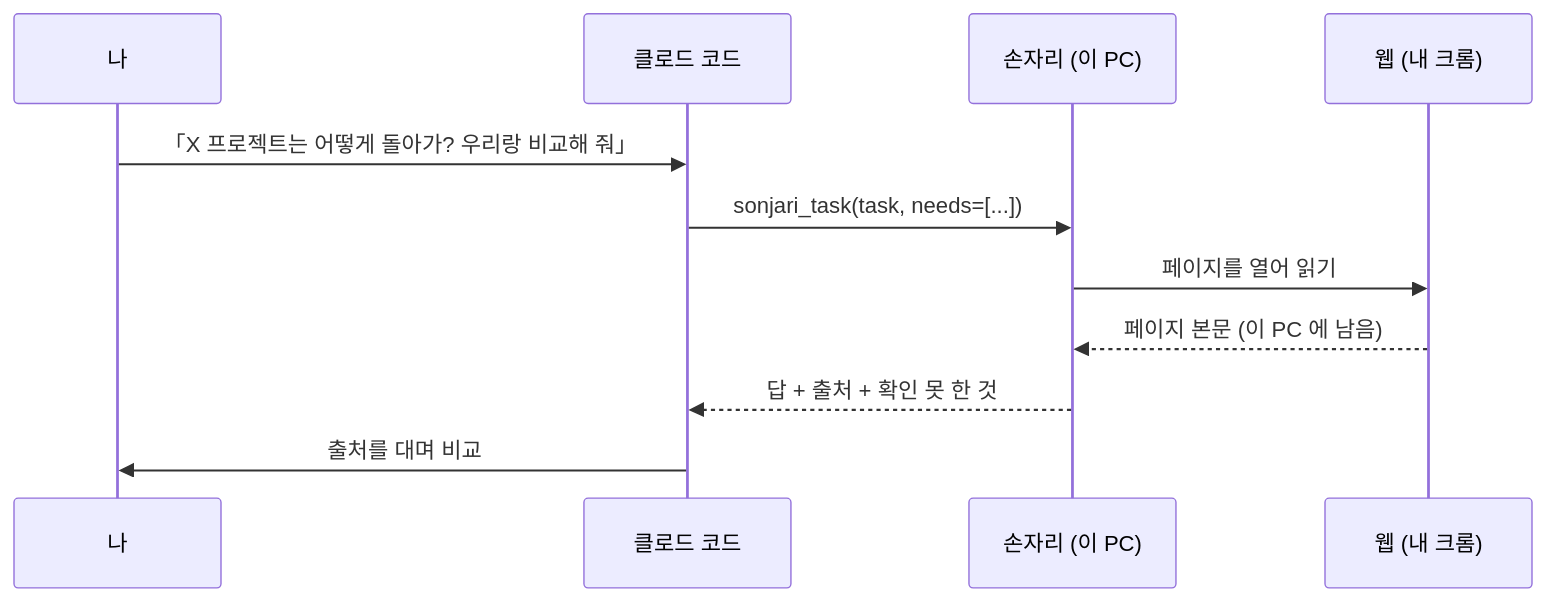
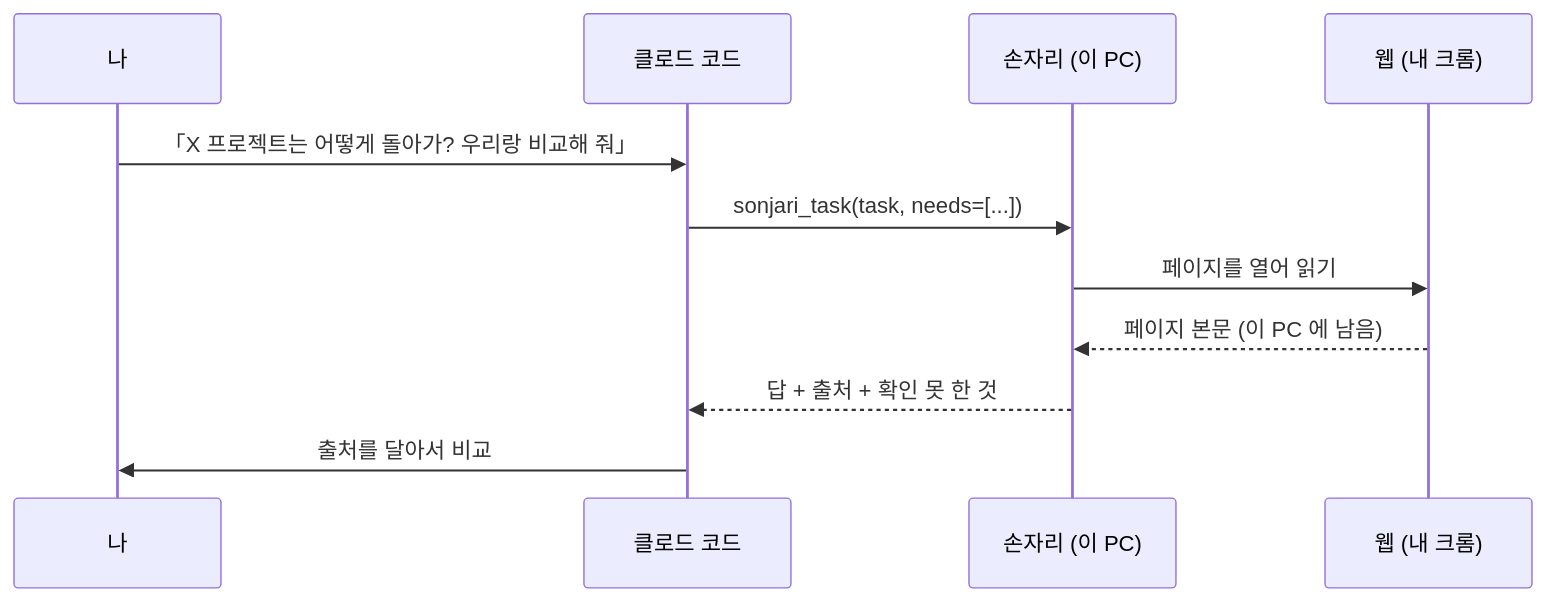
Before and after one commit to sonjari/sonjari: the first of 2 diagrams in docs/guide/workflows.ko.md, drawn with Mermaid. The commit also changed other lines of this file, not shown here.

Commit message:
docs: rewrite the Korean workflows guide in plainer Korean (same facts, tables and diagrams)

````diff
--- a/docs/guide/workflows.ko.md
+++ b/docs/guide/workflows.ko.md
@@ -24,13 +22,13 @@
 ```mermaid
 sequenceDiagram
     participant U as 나
     participant CC as 클로드 코드
     participant S as 손자리 (이 PC)
     participant W as 웹 (내 크롬)
     U->>CC: 「X 프로젝트는 어떻게 돌아가? 우리랑 비교해 줘」
     CC->>S: sonjari_task(task, needs=[...])
     S->>W: 페이지를 열어 읽기
     W-->>S: 페이지 본문 (이 PC 에 남음)
     S-->>CC: 답 + 출처 + 확인 못 한 것
-    CC->>U: 출처를 대며 비교
+    CC->>U: 출처를 달아서 비교
 ```
````
